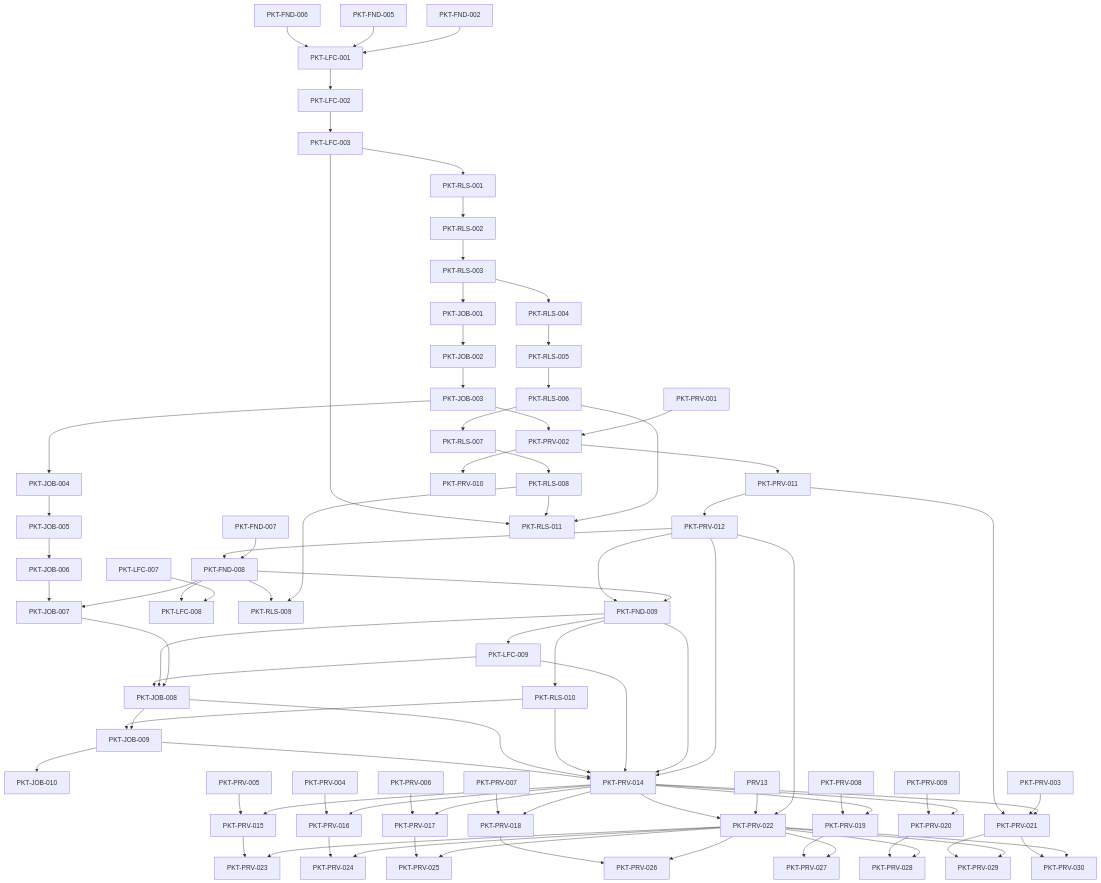
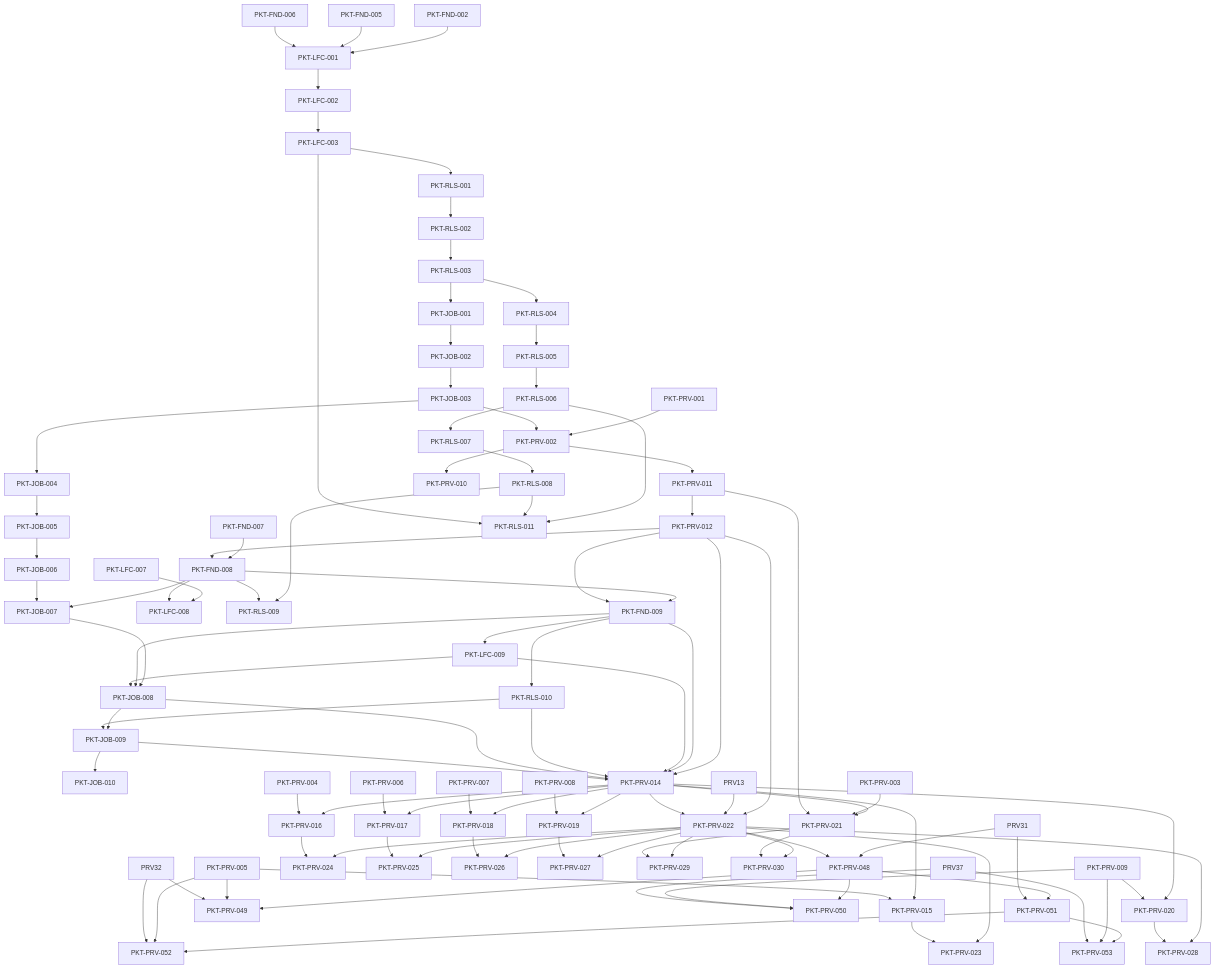
The diagram in docs/implementation/20_Packet_Dependency_Graph.md (Audumla/AUDiaGentic), drawn with Mermaid before and after one commit. The commit also changed other lines of this file and 93 other files, not shown here.

````diff
--- a/docs/implementation/20_Packet_Dependency_Graph.md
+++ b/docs/implementation/20_Packet_Dependency_Graph.md
@@ -100,4 +100,20 @@
   PRV21 --> PRV29
   PRV22 --> PRV30[PKT-PRV-030]
   PRV21 --> PRV30
+  PRV31 --> PRV48[PKT-PRV-048]
+  PRV22 --> PRV48
+  PRV48 --> PRV49[PKT-PRV-049]
+  PRV5 --> PRV49
+  PRV32 --> PRV49
+  PRV48 --> PRV50[PKT-PRV-050]
+  PRV9 --> PRV50
+  PRV37 --> PRV50
+  PRV48 --> PRV51[PKT-PRV-051]
+  PRV31 --> PRV51
+  PRV51 --> PRV52[PKT-PRV-052]
+  PRV5 --> PRV52
+  PRV32 --> PRV52
+  PRV51 --> PRV53[PKT-PRV-053]
+  PRV9 --> PRV53
+  PRV37 --> PRV53
 ```
````
